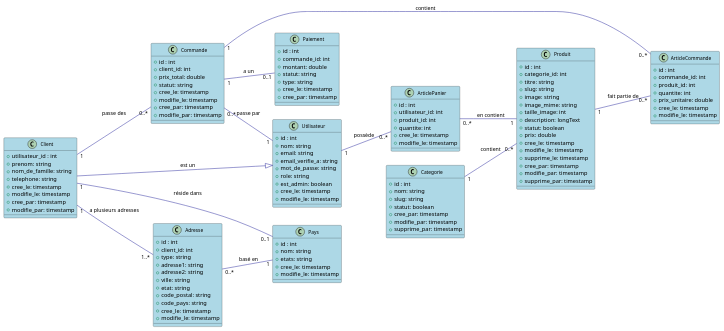
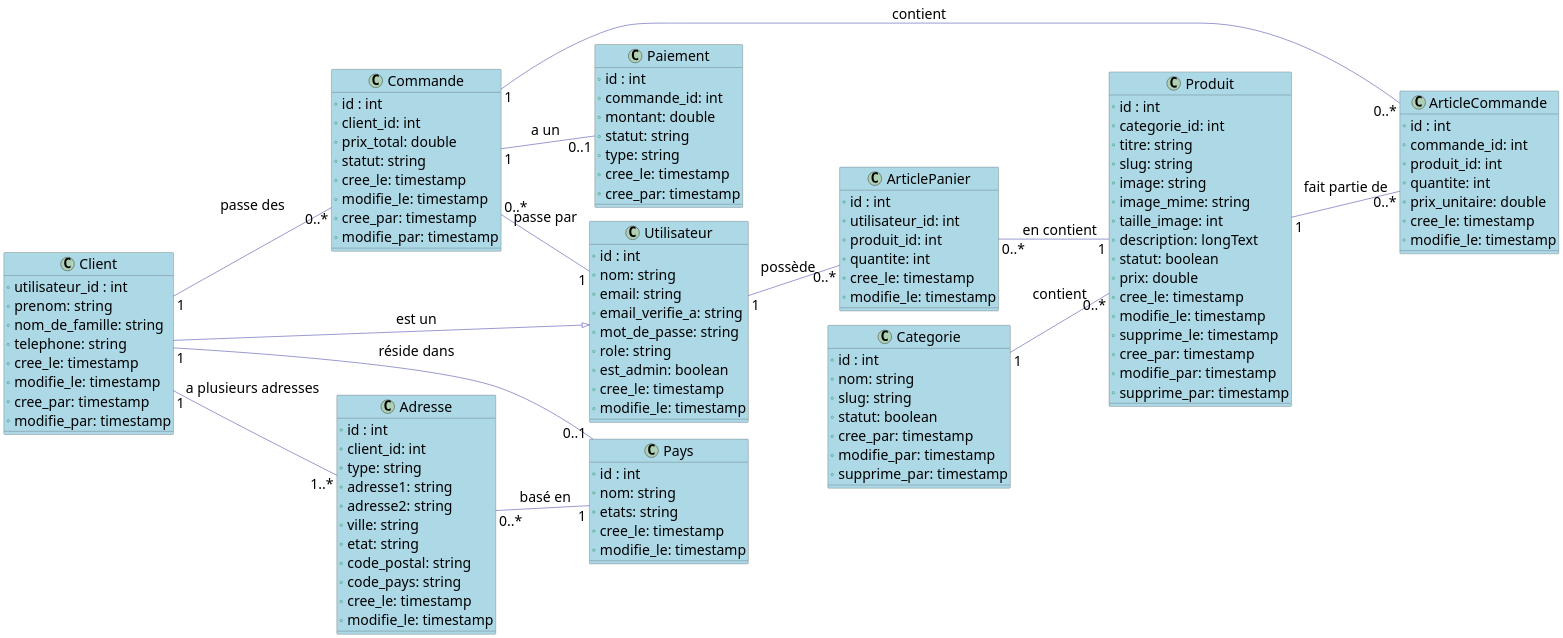
The diagram in DiagramClass.puml (GEVIC21/Soutenance_documents), drawn with PlantUML before and after one commit. The commit also changed 16 other files, not shown here.

```diff
--- a/DiagramClass.puml
+++ b/DiagramClass.puml
@@ -1,149 +1,158 @@
 @startuml
+
+' Définir un style global avec une taille de police plus grande
+skinparam defaultFontName Arial
+skinparam defaultFontSize 35
+
+skinparam ArrowFontSize 35
+skinparam NoteFontSize 35
 
 skinparam class {
     BackgroundColor LightBlue
     ArrowColor DarkBlue
     BorderColor Black
-    FontSize 12
+    FontSize 35
+    AttributeFontSize 35
+    StereotypeFontSize 35
 }
 
 left to right direction
 
 ' Utilisateur et Client
 class Utilisateur {
     +id : int
     +nom: string
     +email: string
     +email_verifie_a: string
     +mot_de_passe: string
     +role: string
     +est_admin: boolean
     +cree_le: timestamp
     +modifie_le: timestamp
 }
 
 class Client {
     +utilisateur_id : int
     +prenom: string
     +nom_de_famille: string
     +telephone: string
     +cree_le: timestamp
     +modifie_le: timestamp
     +cree_par: timestamp
     +modifie_par: timestamp
 }
 
 ' Adresse et Pays
 class Adresse {
     +id : int
     +client_id: int
     +type: string
     +adresse1: string
     +adresse2: string
     +ville: string
     +etat: string
     +code_postal: string
     +code_pays: string
     +cree_le: timestamp
     +modifie_le: timestamp
 }
 
 class Pays {
     +id : int
     +nom: string
     +etats: string
     +cree_le: timestamp
     +modifie_le: timestamp
 }
 
 ' Commande et éléments associés
 class Commande {
     +id : int
     +client_id: int
     +prix_total: double
     +statut: string
     +cree_le: timestamp
     +modifie_le: timestamp
     +cree_par: timestamp
     +modifie_par: timestamp
 }
 
 class ArticleCommande {
     +id : int
     +commande_id: int
     +produit_id: int
     +quantite: int
     +prix_unitaire: double
     +cree_le: timestamp
     +modifie_le: timestamp
 }
 
 class Paiement {
     +id : int
     +commande_id: int
     +montant: double
     +statut: string
     +type: string
     +cree_le: timestamp
     +cree_par: timestamp
 }
 
 ' Produit et Catégorie
 class Produit {
     +id : int
     +categorie_id: int
     +titre: string
     +slug: string
     +image: string
     +image_mime: string
     +taille_image: int
     +description: longText
     +statut: boolean
     +prix: double
     +cree_le: timestamp
     +modifie_le: timestamp
     +supprime_le: timestamp
     +cree_par: timestamp
     +modifie_par: timestamp
     +supprime_par: timestamp
 }
 
 class Categorie {
     +id : int
     +nom: string
     +slug: string
     +statut: boolean
     +cree_par: timestamp
     +modifie_par: timestamp
     +supprime_par: timestamp
 }
 
 ' Panier
 class ArticlePanier {
     +id : int
     +utilisateur_id: int
     +produit_id: int
     +quantite: int
     +cree_le: timestamp
     +modifie_le: timestamp
 }
 
 ' Relations
 Client --|> Utilisateur : "est un"
 Client "1" -- "1..*" Adresse : "a plusieurs adresses"
 Client "1" -- "0..1" Pays : "réside dans"
 Client "1" -- "0..*" Commande : "passe des"
 
 Commande "1" -- "0..*" ArticleCommande : "contient"
 Commande "1" -- "0..1" Paiement : "a un"
 Commande "0..*" -- "1" Utilisateur : "passe par"
 
 Produit "1" -- "0..*" ArticleCommande : "fait partie de"
 Categorie "1" -- "0..*" Produit : "contient"
 
 Utilisateur "1" -- "0..*" ArticlePanier : "possède"
 ArticlePanier "0..*" -- "1" Produit : "en contient"
 
 Adresse "0..*" -- "1" Pays : "basé en"
 
 @enduml
```
